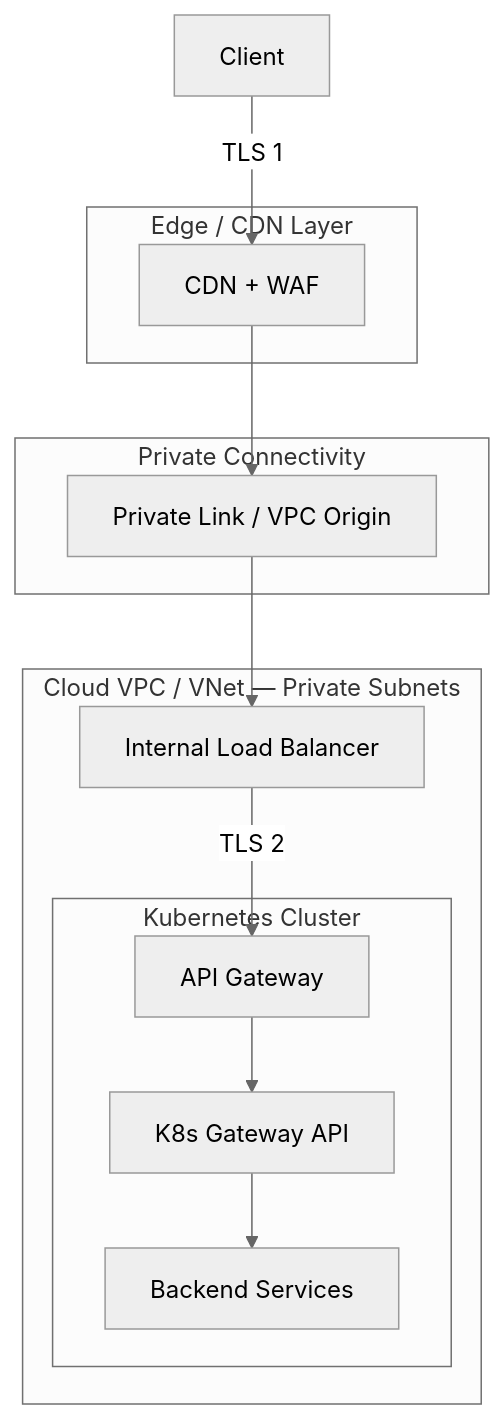
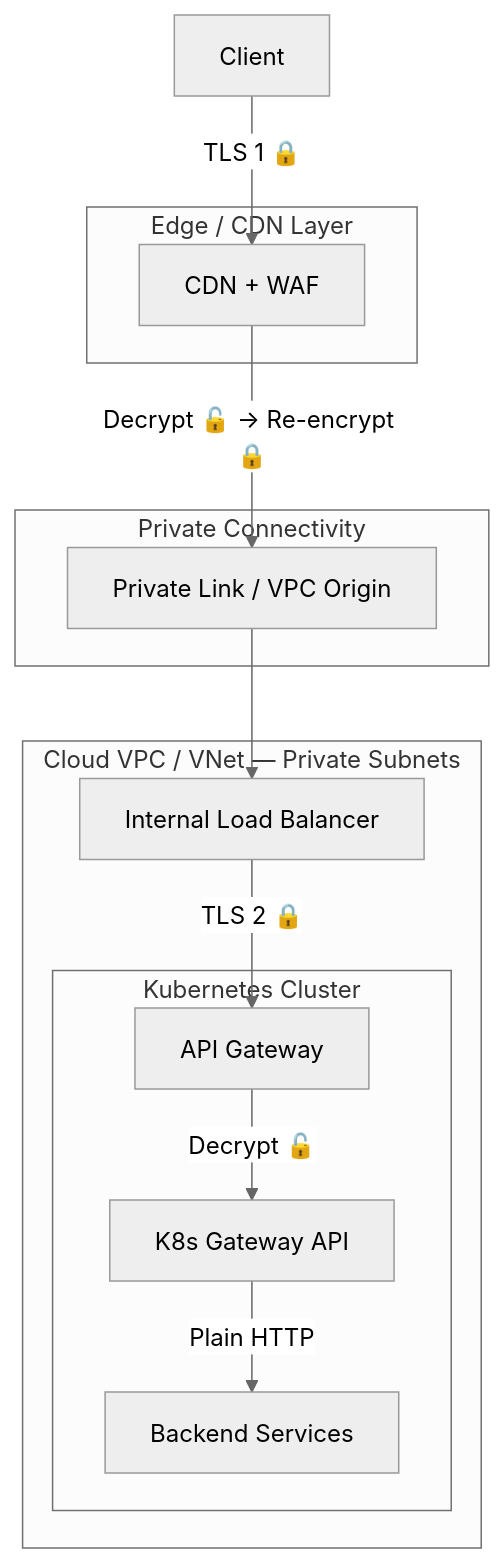
One commit to shanaka-versent/Kong-Gateway-on-EKS changed the first of 12 diagrams in README.md. Above: the diagram before and after it, drawn with Mermaid. The commit also changed other lines of this file and 4 other files, not shown here.

First line of the commit message:
docs: Update README for end-to-end TLS with cert-manager and Let's Encrypt

````diff
--- a/README.md
+++ b/README.md
@@ -146,30 +146,30 @@
 ```mermaid
 %%{init: {'theme': 'neutral'}}%%
 flowchart TB
     Client["Client"]
 
     subgraph Edge["Edge / CDN Layer"]
         CDN["CDN + WAF"]
     end
 
     subgraph Private["Private Connectivity"]
         PL["Private Link / VPC Origin"]
     end
 
     subgraph Cloud["Cloud VPC / VNet — Private Subnets"]
         ILB["Internal Load Balancer"]
 
         subgraph K8s["Kubernetes Cluster"]
             APIGW["API Gateway"]
             GW["K8s Gateway API"]
             SVC["Backend Services"]
         end
     end
 
-    Client -->|"TLS 1"| CDN
-    CDN --> PL
+    Client -->|"TLS 1 🔒"| CDN
+    CDN -->|"Decrypt 🔓 → Re-encrypt 🔒"| PL
     PL --> ILB
-    ILB -->|"TLS 2"| APIGW
-    APIGW --> GW
-    GW --> SVC
+    ILB -->|"TLS 2 🔒"| APIGW
+    APIGW -->|"Decrypt 🔓"| GW
+    GW -->|"Plain HTTP"| SVC
 ```
````
